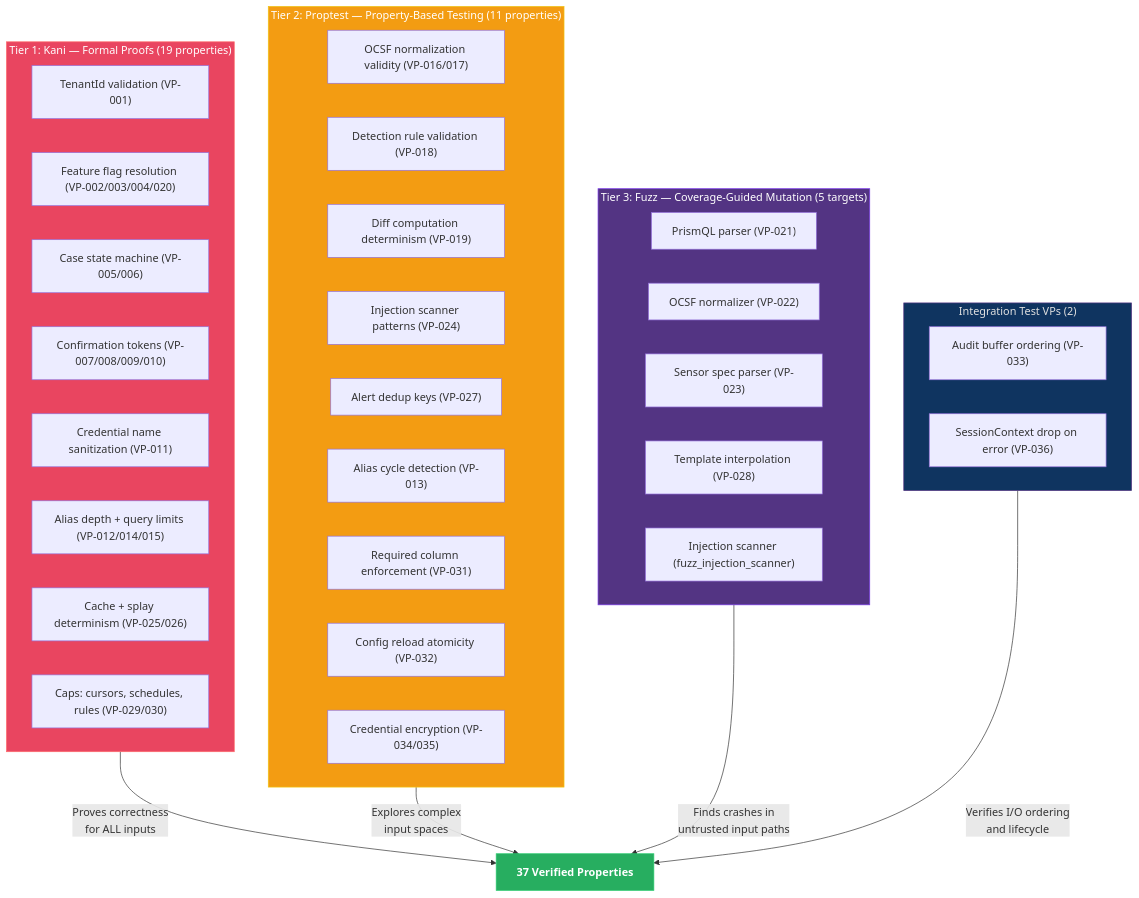
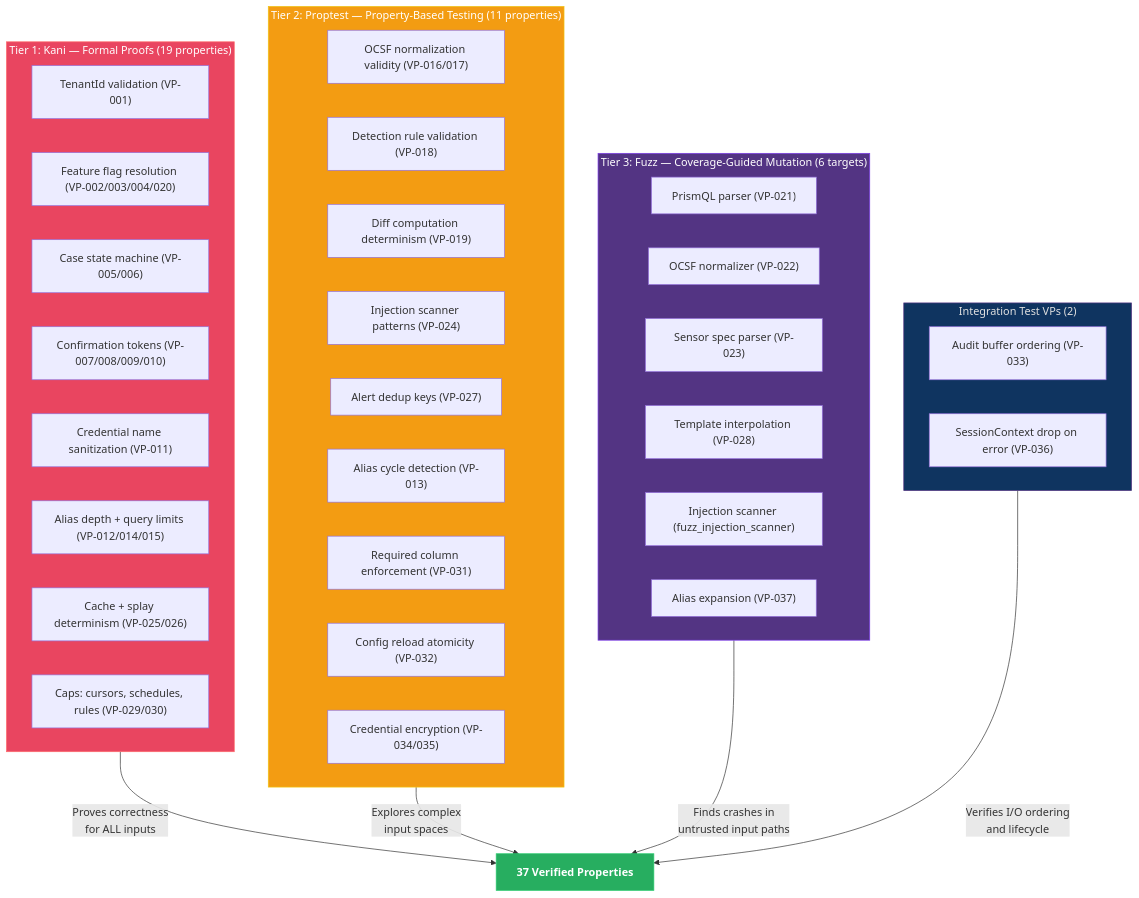
Before and after one commit to drbothen/prism: the diagram in specs/architecture/verification-architecture.md, drawn with Mermaid. The commit also changed other lines of this file and 3 other files, not shown here.

````diff
--- a/specs/architecture/verification-architecture.md
+++ b/specs/architecture/verification-architecture.md
@@ -18,49 +18,50 @@
 ```mermaid
 graph TB
     subgraph TIER1["Tier 1: Kani — Formal Proofs (19 properties)"]
         K1["TenantId validation (VP-001)"]
         K2["Feature flag resolution (VP-002/003/004/020)"]
         K3["Case state machine (VP-005/006)"]
         K4["Confirmation tokens (VP-007/008/009/010)"]
         K5["Credential name sanitization (VP-011)"]
         K6["Alias depth + query limits (VP-012/014/015)"]
         K7["Cache + splay determinism (VP-025/026)"]
         K8["Caps: cursors, schedules, rules (VP-029/030)"]
     end
 
     subgraph TIER2["Tier 2: Proptest — Property-Based Testing (11 properties)"]
         P1["OCSF normalization validity (VP-016/017)"]
         P2["Detection rule validation (VP-018)"]
         P3["Diff computation determinism (VP-019)"]
         P4["Injection scanner patterns (VP-024)"]
         P5["Alert dedup keys (VP-027)"]
         P6["Alias cycle detection (VP-013)"]
         P7["Required column enforcement (VP-031)"]
         P8["Config reload atomicity (VP-032)"]
         P9["Credential encryption (VP-034/035)"]
     end
 
-    subgraph TIER3["Tier 3: Fuzz — Coverage-Guided Mutation (5 targets)"]
+    subgraph TIER3["Tier 3: Fuzz — Coverage-Guided Mutation (6 targets)"]
         F1["PrismQL parser (VP-021)"]
         F2["OCSF normalizer (VP-022)"]
         F3["Sensor spec parser (VP-023)"]
         F4["Template interpolation (VP-028)"]
         F5["Injection scanner (fuzz_injection_scanner)"]
+        F6["Alias expansion (VP-037)"]
     end
 
     subgraph INTEG["Integration Test VPs (2)"]
         I1["Audit buffer ordering (VP-033)"]
         I2["SessionContext drop on error (VP-036)"]
     end
 
     TIER1 -->|"Proves correctness<br/>for ALL inputs"| SAFE["37 Verified Properties"]
     TIER2 -->|"Explores complex<br/>input spaces"| SAFE
     TIER3 -->|"Finds crashes in<br/>untrusted input paths"| SAFE
     INTEG -->|"Verifies I/O ordering<br/>and lifecycle"| SAFE
 
     style TIER1 fill:#e94560,stroke:#ff6b6b,color:#fff
     style TIER2 fill:#f39c12,stroke:#f1c40f,color:#fff
     style TIER3 fill:#533483,stroke:#7c3aed,color:#fff
     style INTEG fill:#0f3460,stroke:#533483,color:#e0e0e0
     style SAFE fill:#27ae60,stroke:#2ecc71,color:#fff,font-weight:bold
 ```
````
